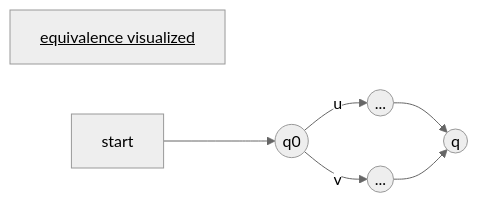
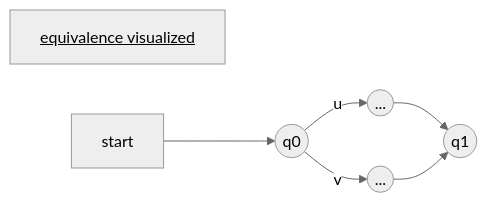
One commit to MagnusOffermanns/Verification-and-Validation-for-Artificial-Intelligence-and-Cybersecurity-Udine-SS22 changed the third of 4 diagrams in Verification 12.md. Above: the diagram before and after it, drawn with Mermaid (neutral theme). The commit also changed other lines of this file and 208 other files, not shown here.

````diff
--- a/Verification 12.md
+++ b/Verification 12.md
@@ -284,9 +284,9 @@
 ```mermaid
 graph LR
 title[<u>equivalence visualized</u>]
 start --> q1
 q1((q0))--u-->dot1
 q1((q0))--v-->dot2
-dot1((...))-->q2((q))
-dot2((...))-->q2((q))
+dot1((...))-->q2((q1))
+dot2((...))-->q2((q1))
 ```
````
